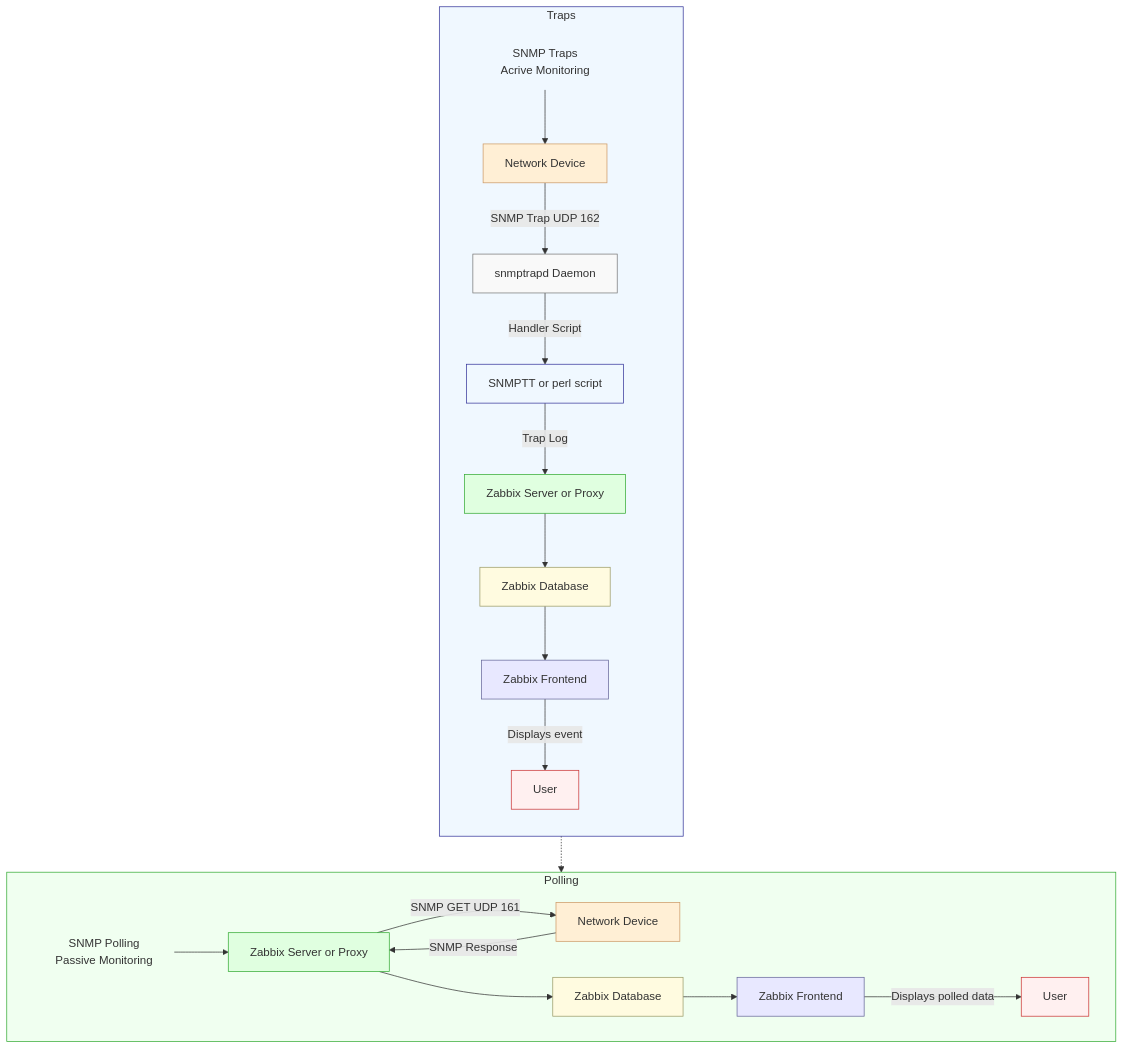
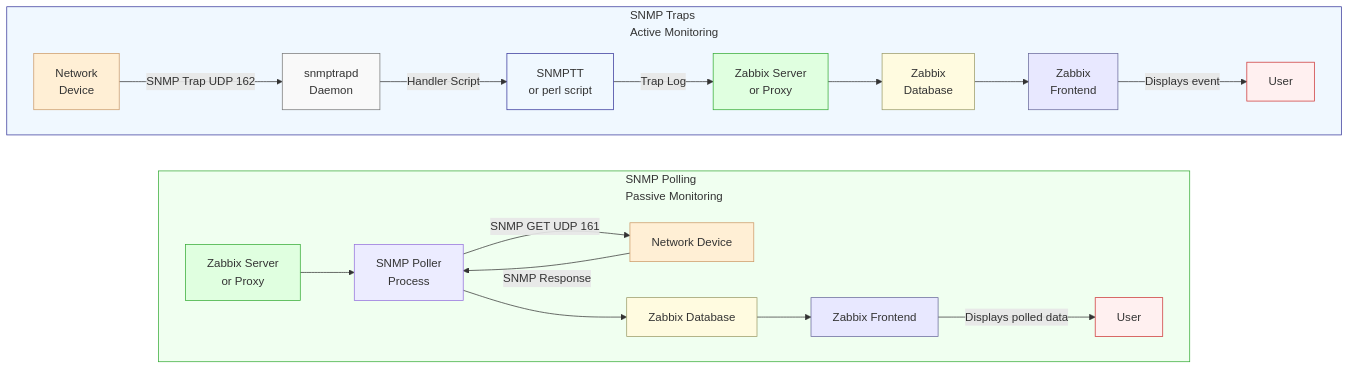
The diagram in docs/ch04-zabbix-collecting-data/snmp-trapping.md (penmasters/zabbix-book), drawn with Mermaid before and after one commit. The commit also changed other lines of this file, not shown here.

First line of the commit message:
Fixes to the SNMP trapper section

````diff
--- a/docs/ch04-zabbix-collecting-data/snmp-trapping.md
+++ b/docs/ch04-zabbix-collecting-data/snmp-trapping.md
@@ -96,60 +101,70 @@
-``` mermaid
+```mermaid
+---
+config:
+  flowchart:
+    subGraphTitleMargin:
+      bottom: 30
+---
 flowchart TB
     %% --- Traps section (top) ---
-    subgraph TRAPS[Traps]
-        direction TB
-        TITLET["SNMP Traps<br/>Acrive Monitoring"]
-        WIDE["                                                                 "]
-        DEV2[Network Device]
-        TRAPD[snmptrapd Daemon]
-        HANDLER[SNMPTT or perl script]
-        ZBXT[Zabbix Server or Proxy]
-        DBT[Zabbix Database]
-        UI2[Zabbix Frontend]
+    subgraph TRAPS[SNMP Traps
+                   Active Monitoring]
+        direction LR
+        DEV2[Network
+             Device]
+        TRAPD[snmptrapd
+              Daemon]
+        HANDLER[SNMPTT
+                or perl script]
+        ZBXT[Zabbix Server
+             or Proxy]
+        DBT[Zabbix 
+            Database]
+        UI2[Zabbix 
+            Frontend]
         USER2[User]
 
-        TITLET --> DEV2
         DEV2 -->|SNMP Trap UDP 162| TRAPD
         TRAPD -->|Handler Script| HANDLER
         HANDLER -->|Trap Log| ZBXT
         ZBXT --> DBT
         DBT --> UI2
         UI2 -->|Displays event| USER2
     end
 
     %% --- Invisible connector to force vertical stacking ---
-    TRAPS -.-> POLLING
+    TRAPS ~~~ POLLING
 
     %% --- Polling section (bottom) ---
-    subgraph POLLING[Polling]
+    subgraph POLLING[SNMP Polling
+                     Passive Monitoring]
         direction LR
-        TITLEP["SNMP Polling<br/>Passive Monitoring"]
-        ZBX[Zabbix Server or Proxy]
+        ZBX[Zabbix Server
+            or Proxy]
+        POLLER[SNMP Poller 
+               Process]
         DEV[Network Device]
-        TITLEP --> ZBX
-        ZBX -->|SNMP GET UDP 161| DEV
-        DEV -->|SNMP Response| ZBX
-        ZBX --> DBP[Zabbix Database]
+        ZBX --> POLLER
+        POLLER -->|SNMP GET UDP 161| DEV
+        DEV -->|SNMP Response| POLLER
+        POLLER --> DBP[Zabbix Database]
         DBP --> UI1[Zabbix Frontend]
         UI1 -->|Displays polled data| USER1[User]
     end
 
     %% --- Styling ---
     style POLLING fill:#f0fff0,stroke:#3a3,stroke-width:1px
     style TRAPS fill:#f0f8ff,stroke:#339,stroke-width:1px
-    style WIDE fill:none,stroke:none
-    style TITLEP fill:transparent,stroke:transparent
-    style TITLET fill:transparent,stroke:transparent
     style ZBX fill:#e0ffe0,stroke:#3a3
     style DEV fill:#ffefd5,stroke:#c96
     style DEV2 fill:#ffefd5,stroke:#c96
     style TRAPD fill:#f9f9f9,stroke:#777
     style HANDLER fill:#f0f8ff,stroke:#339
     style ZBXT fill:#e0ffe0,stroke:#3a3
     style DBP fill:#fffbe0,stroke:#996
     style DBT fill:#fffbe0,stroke:#996
     style UI1 fill:#e8e8ff,stroke:#669
     style UI2 fill:#e8e8ff,stroke:#669
     style USER1 fill:#fff0f0,stroke:#c33
     style USER2 fill:#fff0f0,stroke:#c33
 ```
````
